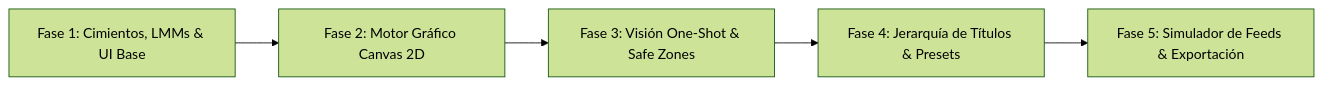
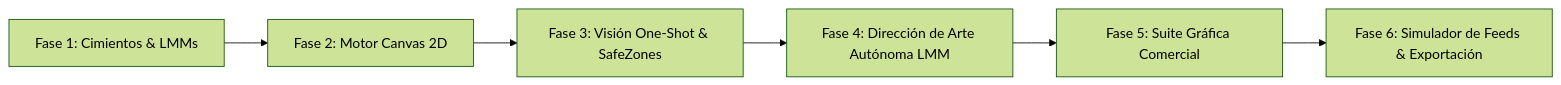
Before and after one commit to jrmurillom/YText-Studio: the diagram in docs/ROADMAP.md, drawn with Mermaid (forest theme). The commit also changed other lines of this file and 35 other files, not shown here.

Commit message:
feat(fases-4-5): direccion de arte autonoma lmm y suite grafica comercial

````diff
--- a/docs/ROADMAP.md
+++ b/docs/ROADMAP.md
@@ -32,7 +33,8 @@
 ```mermaid
 flowchart LR
-    Fase1["Fase 1: Cimientos, LMMs & UI Base"] --> Fase2["Fase 2: Motor Gráfico Canvas 2D"]
-    Fase2 --> Fase3["Fase 3: Visión One-Shot & Safe Zones"]
-    Fase3 --> Fase4["Fase 4: Jerarquía de Títulos & Presets"]
-    Fase4 --> Fase5["Fase 5: Simulador de Feeds & Exportación"]
+    Fase1["Fase 1: Cimientos & LMMs"] --> Fase2["Fase 2: Motor Canvas 2D"]
+    Fase2 --> Fase3["Fase 3: Visión One-Shot & SafeZones"]
+    Fase3 --> Fase4["Fase 4: Dirección de Arte Autónoma LMM"]
+    Fase4 --> Fase5["Fase 5: Suite Gráfica Comercial"]
+    Fase5 --> Fase6["Fase 6: Simulador de Feeds & Exportación"]
 ```
````
